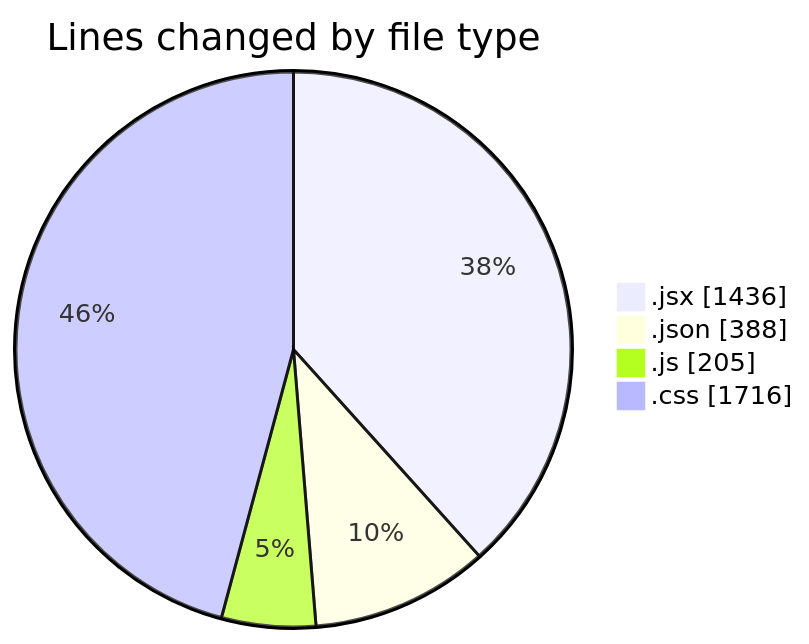
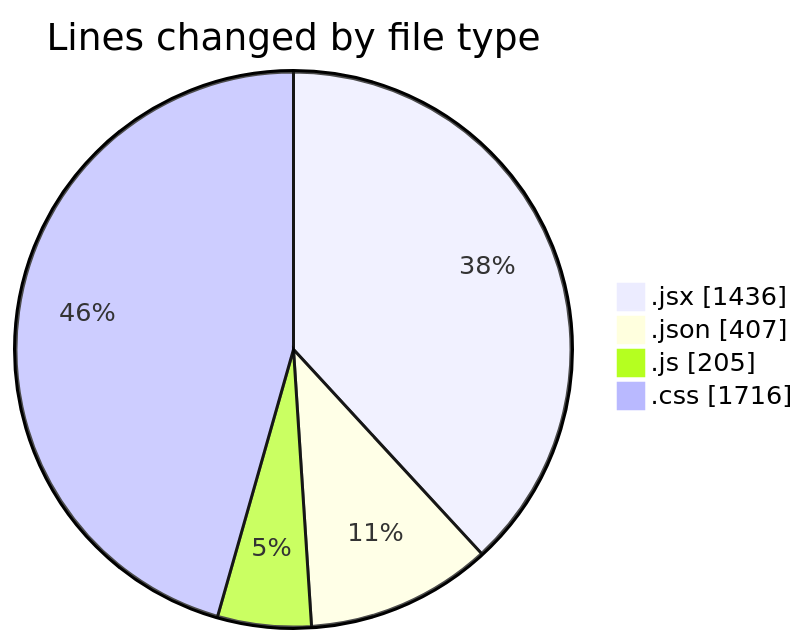
Before and after one commit to BS-eng2023/code-tracking: the first of 2 diagrams in 2025-05-04/project/README.md, drawn with Mermaid. The commit also changed other lines of this file and 1 other file, not shown here.

````diff
--- a/2025-05-04/project/README.md
+++ b/2025-05-04/project/README.md
@@ -40,8 +40,8 @@
 ```mermaid
 pie showData
 title Lines changed by file type
 ".jsx" : 1436
-".json" : 388
+".json" : 407
 ".js" : 205
 ".css" : 1716
 ```
````
